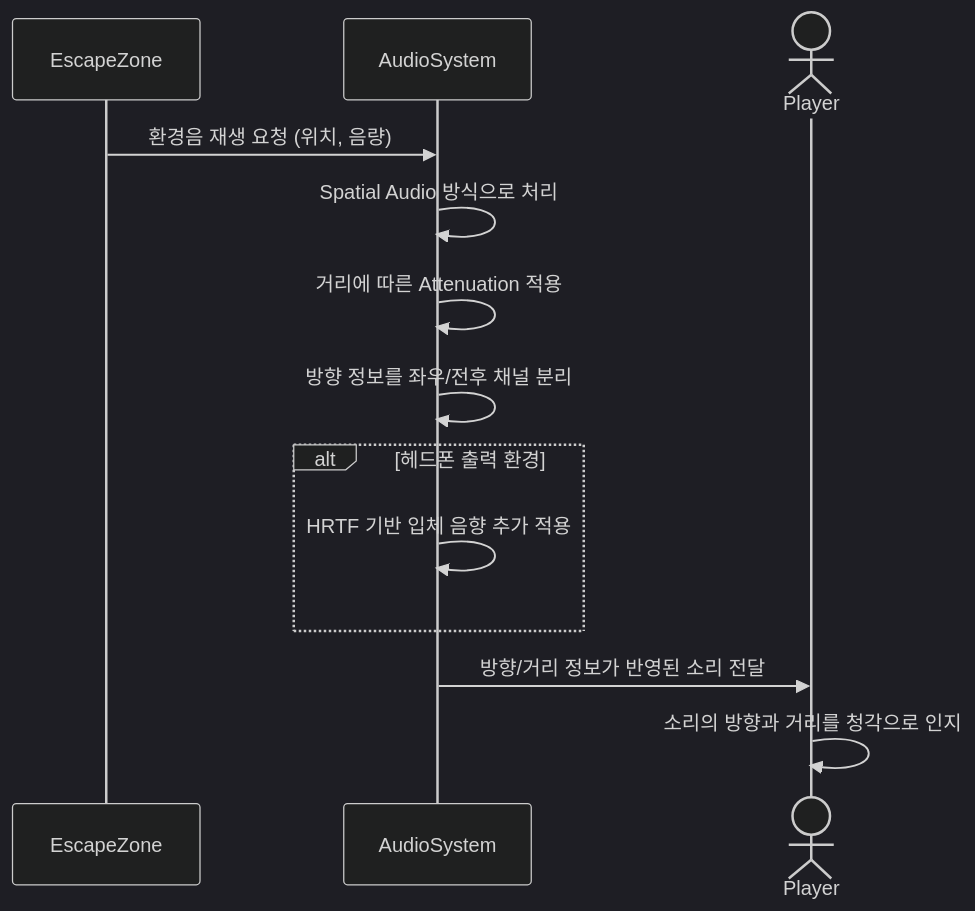
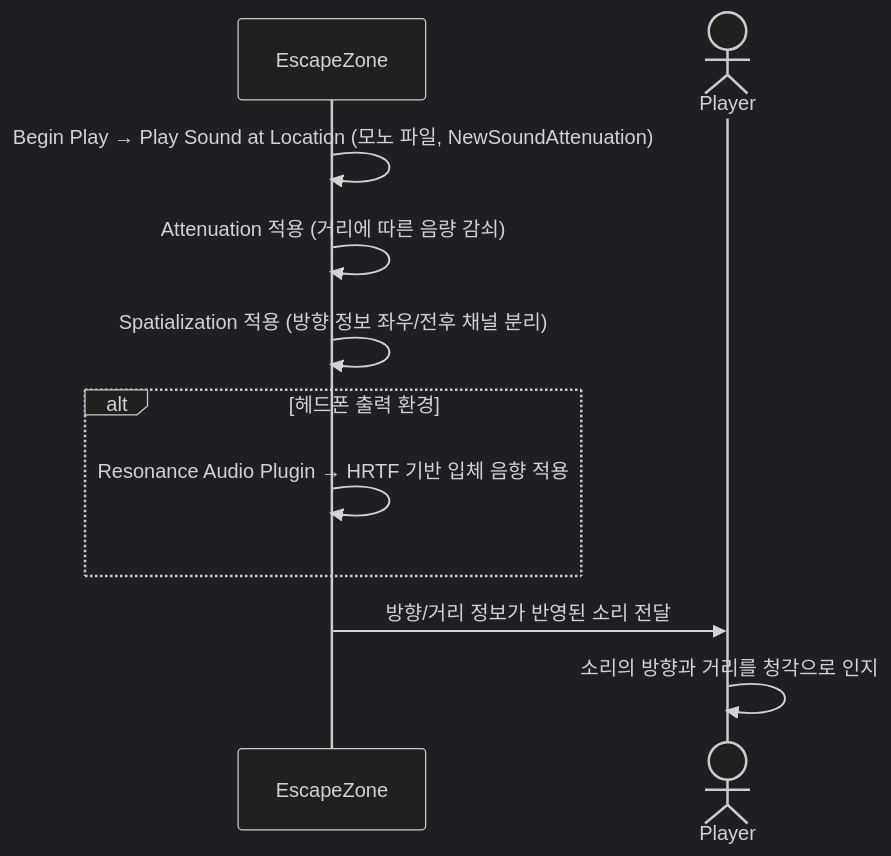
The fourth of 10 diagrams in Design.md (t153221/project1), drawn with Mermaid (dark theme) before and after one commit. The commit also changed other lines of this file, not shown here.

Commit message:
Remove unimplemented classes (AudioSystem, GameManager) from Design.md

````diff
--- a/Design.md
+++ b/Design.md
@@ -256,18 +200,16 @@
 ```mermaid
 sequenceDiagram
     participant EscapeZone
-    participant AudioSystem
     actor Player
 
-    EscapeZone->>AudioSystem: 환경음 재생 요청 (위치, 음량)
-    AudioSystem->>AudioSystem: Spatial Audio 방식으로 처리
-    AudioSystem->>AudioSystem: 거리에 따른 Attenuation 적용
-    AudioSystem->>AudioSystem: 방향 정보를 좌우/전후 채널 분리
+    EscapeZone->>EscapeZone: Begin Play → Play Sound at Location (모노 파일, NewSoundAttenuation)
+    EscapeZone->>EscapeZone: Attenuation 적용 (거리에 따른 음량 감쇠)
+    EscapeZone->>EscapeZone: Spatialization 적용 (방향 정보 좌우/전후 채널 분리)
 
     alt 헤드폰 출력 환경
-        AudioSystem->>AudioSystem: HRTF 기반 입체 음향 추가 적용
+        EscapeZone->>EscapeZone: Resonance Audio Plugin → HRTF 기반 입체 음향 적용
     end
 
-    AudioSystem->>Player: 방향/거리 정보가 반영된 소리 전달
+    EscapeZone->>Player: 방향/거리 정보가 반영된 소리 전달
     Player->>Player: 소리의 방향과 거리를 청각으로 인지
 ```
````
